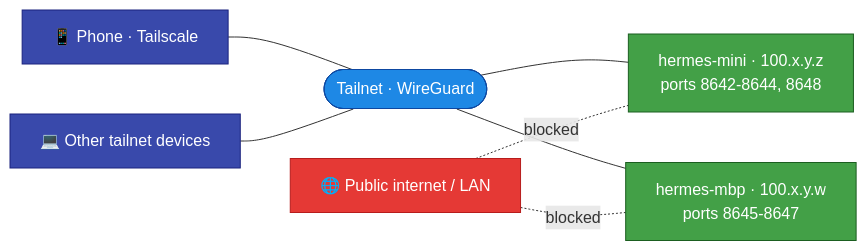
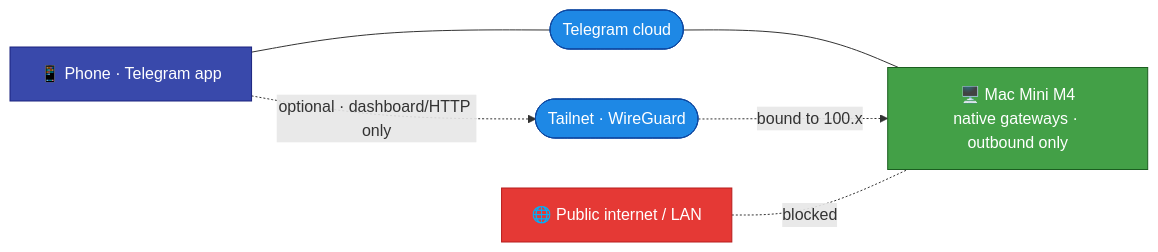
One commit to mpolatcan/hermes-setup changed the diagram in docs/06-networking.md. Above: the diagram before and after it, drawn with Mermaid. The commit also changed other lines of this file and 14 other files, not shown here.

First line of the commit message:
Rewrite plan: native single-Mini architecture + Turkish studio crew

````diff
--- a/docs/06-networking.md
+++ b/docs/06-networking.md
@@ -7,13 +7,12 @@
 ```mermaid
 flowchart LR
-    phone["📱 Phone · Tailscale"]:::user --- net(["Tailnet · WireGuard"]):::net
-    laptop["💻 Other tailnet devices"]:::user --- net
-    net --- mini["hermes-mini · 100.x.y.z<br/>ports 8642-8644, 8648"]:::mini
-    net --- mbp["hermes-mbp · 100.x.y.w<br/>ports 8645-8647"]:::mini
+    phone["📱 Phone · Telegram app"]:::user --- tg(["Telegram cloud"]):::net
+    tg --- mini["🖥️ Mac Mini M4<br/>native gateways · outbound only"]:::mini
+    phone -. "optional · dashboard/HTTP only" .-> ts(["Tailnet · WireGuard"]):::net
+    ts -. "bound to 100.x" .-> mini
     pub["🌐 Public internet / LAN"]:::danger -. blocked .- mini
-    pub -. blocked .- mbp
     classDef user fill:#3949AB,stroke:#1A237E,color:#fff
     classDef net fill:#1E88E5,stroke:#0D47A1,color:#fff
     classDef mini fill:#43A047,stroke:#1B5E20,color:#fff
     classDef danger fill:#E53935,stroke:#B71C1C,color:#fff
 ```
````
